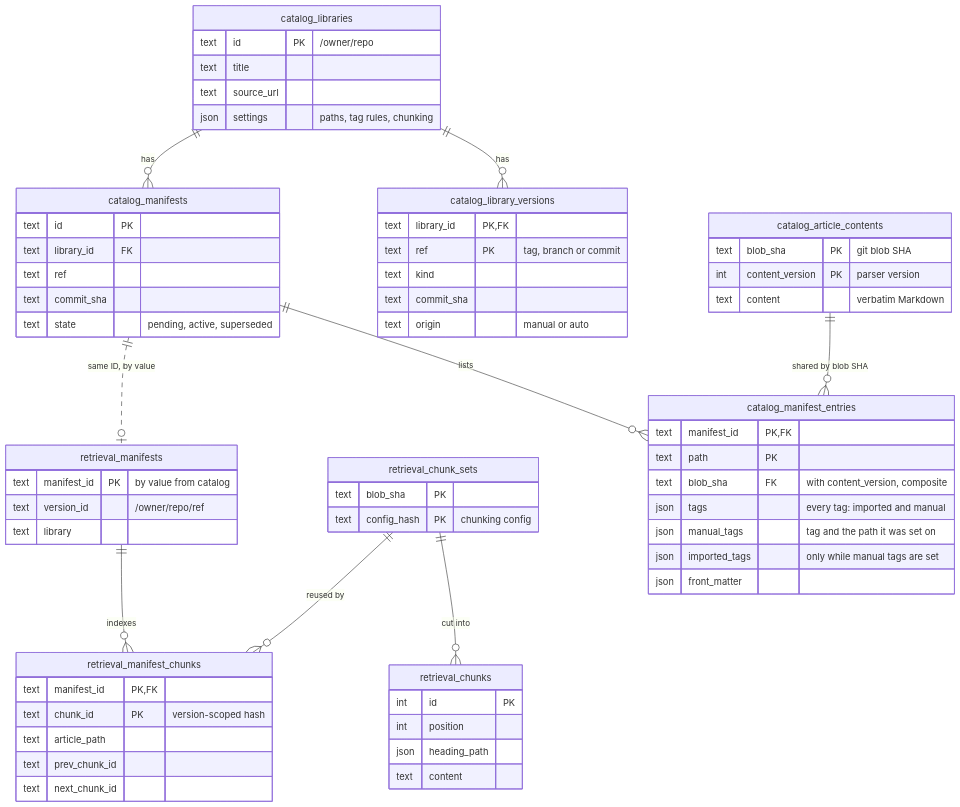
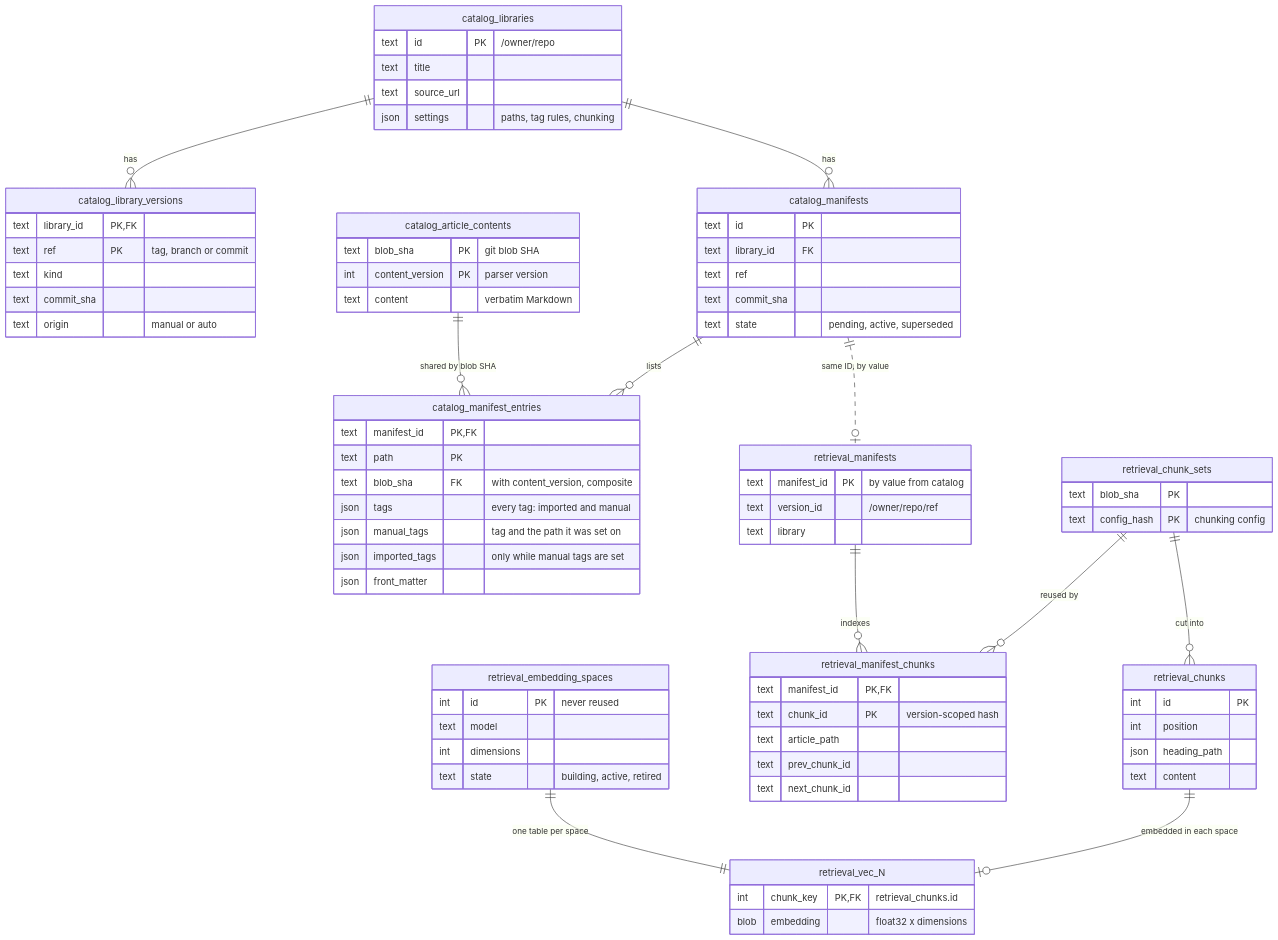
One commit to SirCypkowskyy/ExactDocs changed the second of 5 diagrams in docs/architecture.md. Above: the diagram before and after it, drawn with Mermaid. The commit also changed other lines of this file and 30 other files, not shown here.

First line of the commit message:
feat(retrieval): vectors are stored per embedding space behind one port, in SQLite with sqlite-vec (#242) (#257)

````diff
--- a/docs/architecture.md
+++ b/docs/architecture.md
@@ -290,6 +306,8 @@
     retrieval_chunk_sets ||--o{ retrieval_chunks : "cut into"
     retrieval_chunk_sets ||--o{ retrieval_manifest_chunks : "reused by"
     retrieval_manifests ||--o{ retrieval_manifest_chunks : "indexes"
+    retrieval_chunks ||--o| retrieval_vec_N : "embedded in each space"
+    retrieval_embedding_spaces ||--|| retrieval_vec_N : "one table per space"
 
     retrieval_chunk_sets {
         text blob_sha PK
@@ -313,6 +331,16 @@
         text prev_chunk_id
         text next_chunk_id
     }
+    retrieval_embedding_spaces {
+        int id PK "never reused"
+        text model
+        int dimensions
+        text state "building, active, retired"
+    }
+    retrieval_vec_N {
+        int chunk_key PK, FK "retrieval_chunks.id"
+        blob embedding "float32 x dimensions"
+    }
 
     catalog_manifests ||..o| retrieval_manifests : "same ID, by value"
 ```
````
